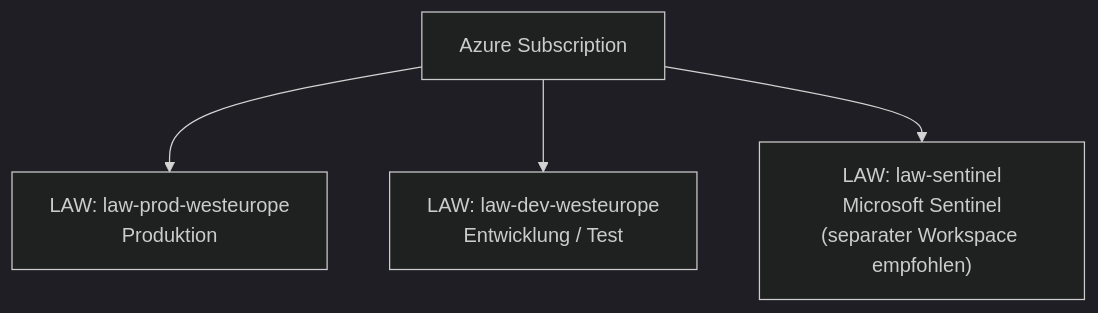
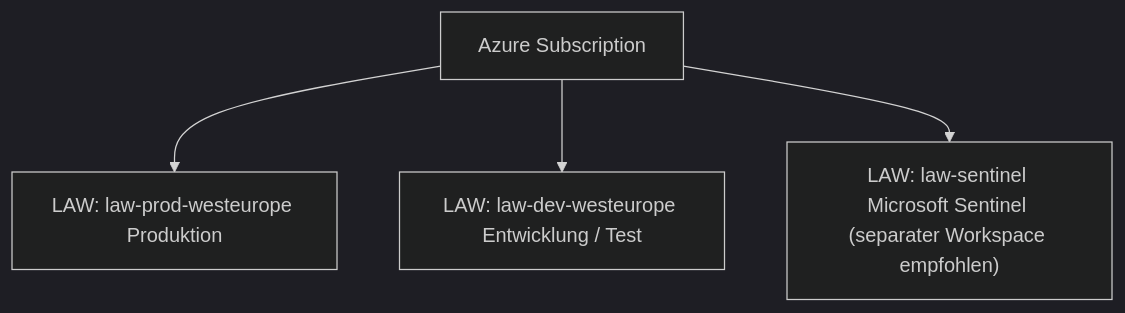
The second of 3 diagrams in Microsoft 365/Azure/Monitor und Management/Log Analytics Workspace.md (SoniiiT/notes-n-docs), drawn with Mermaid (dark theme) before and after one commit. The commit also changed other lines of this file and 124 other files, not shown here.

First line of the commit message:
fix: Entferne \n aus allen Mermaid-Diagrammen (125 Dateien)

````diff
--- a/Microsoft 365/Azure/Monitor und Management/Log Analytics Workspace.md
+++ b/Microsoft 365/Azure/Monitor und Management/Log Analytics Workspace.md
@@ -61,11 +61,11 @@
 ```mermaid
 graph TD
     Sub["Azure Subscription"]
-    LAWP["LAW: law-prod-westeurope\nProduktion"]
-    LAWD["LAW: law-dev-westeurope\nEntwicklung / Test"]
-    LAWS["LAW: law-sentinel\nMicrosoft Sentinel\n(separater Workspace empfohlen)"]
+    LAWP["LAW: law-prod-westeurope Produktion"]
+    LAWD["LAW: law-dev-westeurope Entwicklung / Test"]
+    LAWS["LAW: law-sentinel Microsoft Sentinel (separater Workspace empfohlen)"]
 
     Sub --> LAWP
     Sub --> LAWD
     Sub --> LAWS
 ```
````
